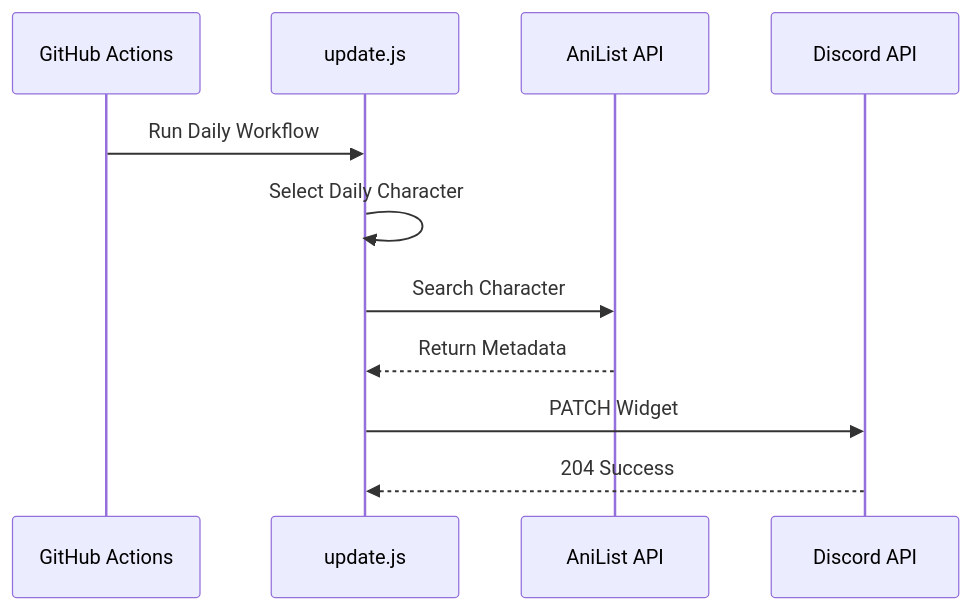
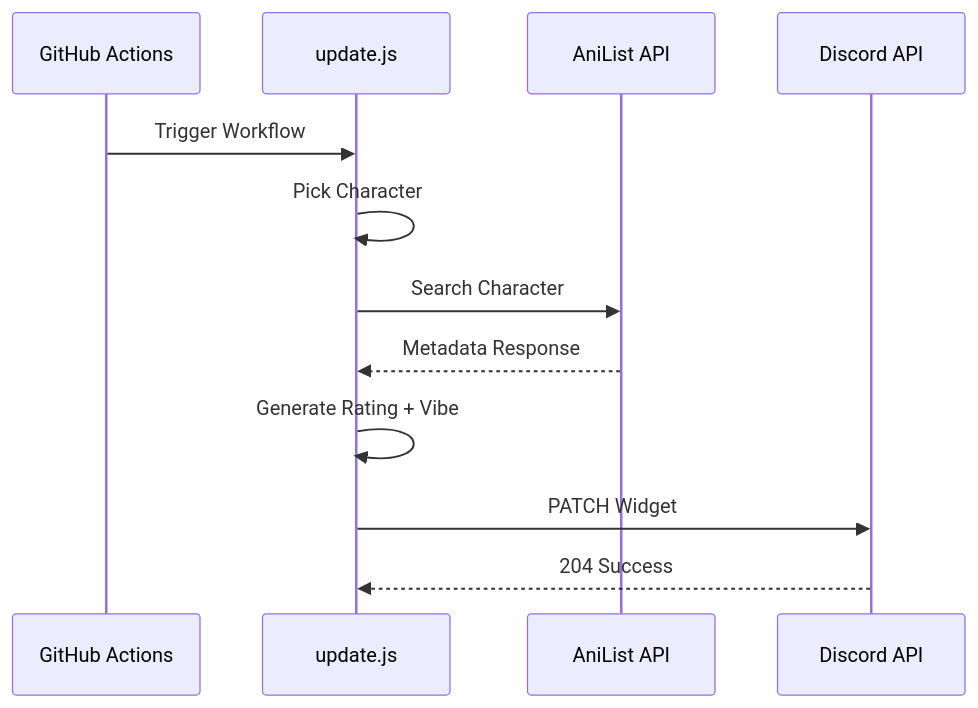
One commit to MeYashverma/discord-waifu-widget changed the second of 3 diagrams in README.md. Above: the diagram before and after it, drawn with Mermaid. The commit also changed other lines of this file, not shown here.

````diff
--- a/README.md
+++ b/README.md
@@ -276,23 +334,22 @@
 ```mermaid
 sequenceDiagram
 
 participant GitHub Actions
-
 participant update.js
-
 participant AniList API
-
 participant Discord API
 
-GitHub Actions->>update.js: Run Daily Workflow
+GitHub Actions->>update.js: Trigger Workflow
 
-update.js->>update.js: Select Daily Character
+update.js->>update.js: Pick Character
 
 update.js->>AniList API: Search Character
 
-AniList API-->>update.js: Return Metadata
+AniList API-->>update.js: Metadata Response
+
+update.js->>update.js: Generate Rating + Vibe
 
 update.js->>Discord API: PATCH Widget
 
 Discord API-->>update.js: 204 Success
 ```
````
